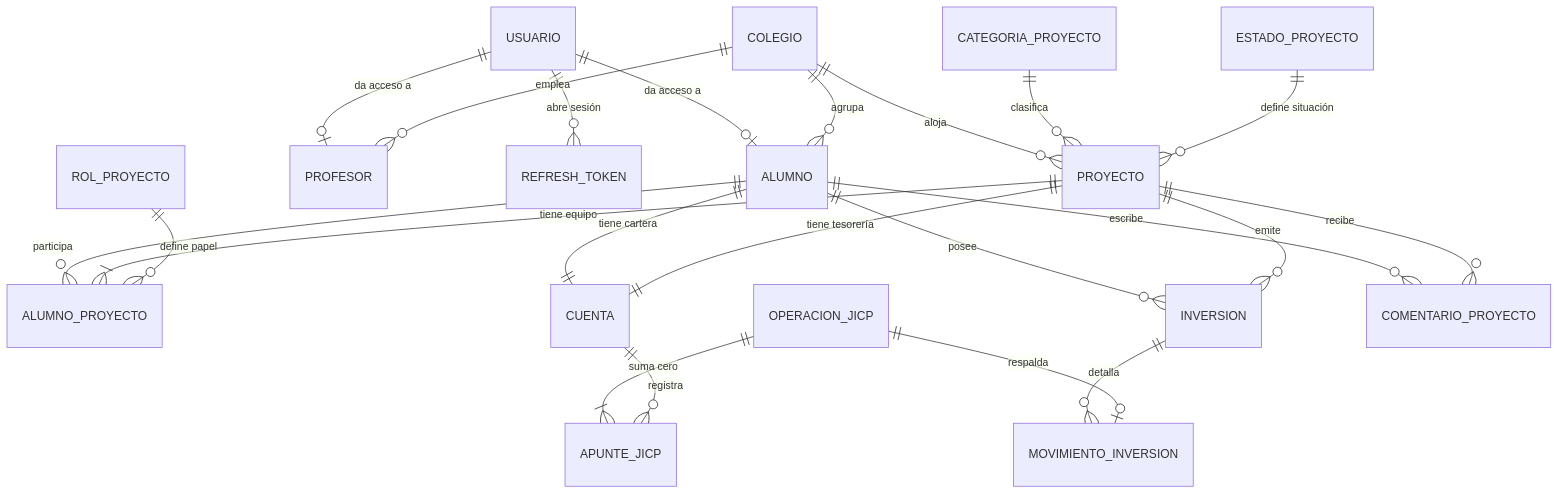
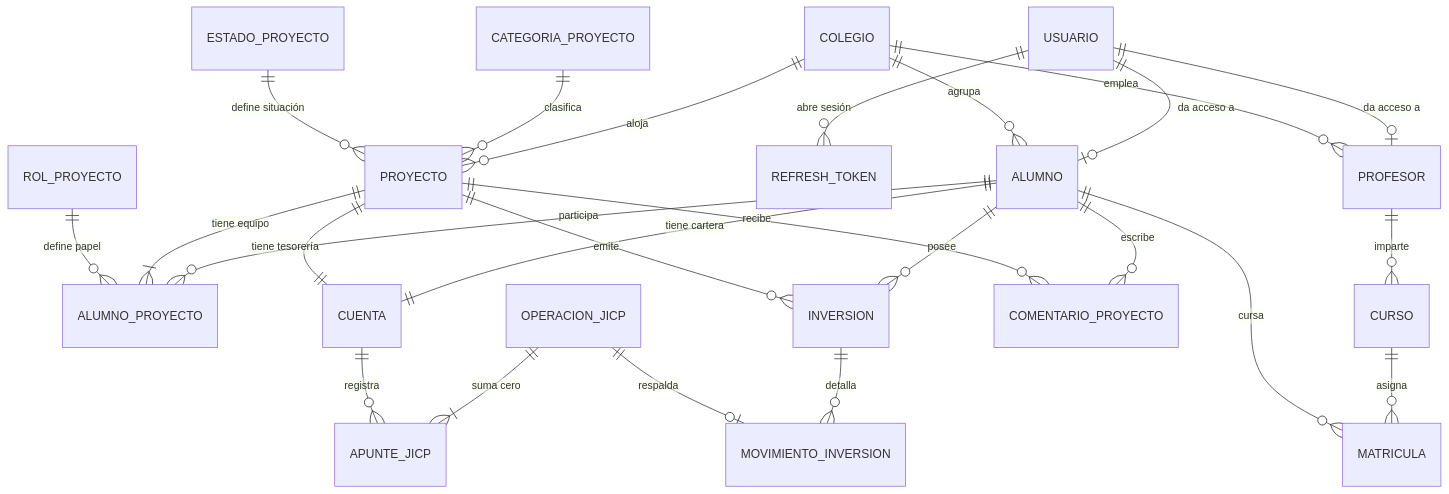
Before and after one commit to CesarFerrandoPastor-idrica/jicpapp: the second of 2 diagrams in README.md, drawn with Mermaid. The commit also changed other lines of this file and 63 other files, not shown here.

````diff
--- a/README.md
+++ b/README.md
@@ -565,24 +572,27 @@
 ```mermaid
 erDiagram
     USUARIO ||--o| ALUMNO : "da acceso a"
     USUARIO ||--o| PROFESOR : "da acceso a"
     USUARIO ||--o{ REFRESH_TOKEN : "abre sesión"
     COLEGIO ||--o{ PROFESOR : emplea
     COLEGIO ||--o{ ALUMNO : agrupa
     COLEGIO ||--o{ PROYECTO : aloja
     CATEGORIA_PROYECTO ||--o{ PROYECTO : clasifica
     ESTADO_PROYECTO ||--o{ PROYECTO : "define situación"
     ALUMNO ||--o{ ALUMNO_PROYECTO : participa
     PROYECTO ||--|{ ALUMNO_PROYECTO : "tiene equipo"
     ROL_PROYECTO ||--o{ ALUMNO_PROYECTO : "define papel"
     ALUMNO ||--|| CUENTA : "tiene cartera"
     PROYECTO ||--|| CUENTA : "tiene tesorería"
     OPERACION_JICP ||--|{ APUNTE_JICP : "suma cero"
     CUENTA ||--o{ APUNTE_JICP : registra
     ALUMNO ||--o{ INVERSION : posee
     PROYECTO ||--o{ INVERSION : emite
     INVERSION ||--o{ MOVIMIENTO_INVERSION : detalla
     OPERACION_JICP ||--o| MOVIMIENTO_INVERSION : respalda
     ALUMNO ||--o{ COMENTARIO_PROYECTO : escribe
     PROYECTO ||--o{ COMENTARIO_PROYECTO : recibe
+    PROFESOR ||--o{ CURSO : imparte
+    CURSO ||--o{ MATRICULA : asigna
+    ALUMNO ||--o{ MATRICULA : cursa
 ```
````
